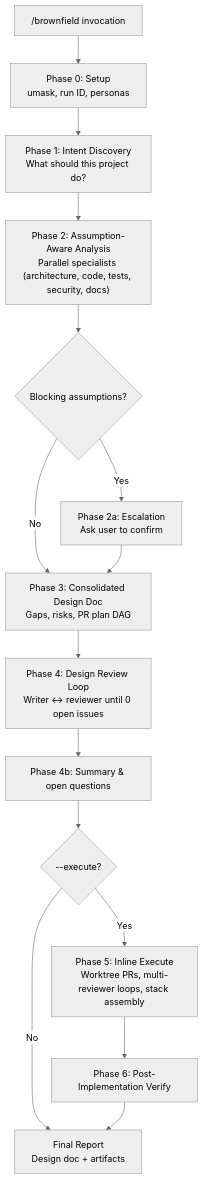
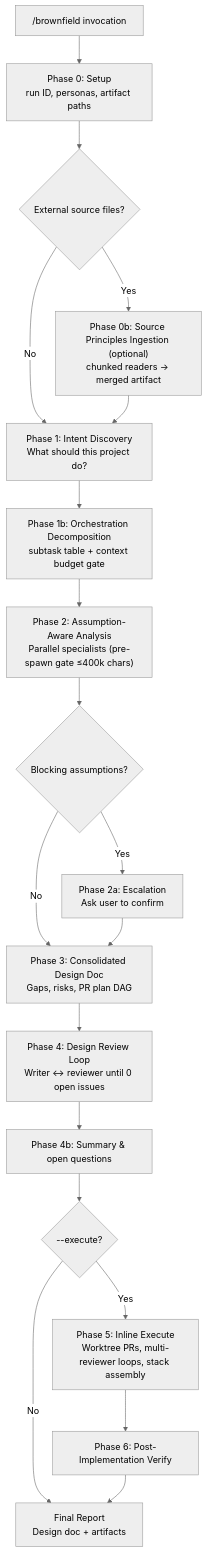
One commit to kartikkabadi/grok-brownfield changed the diagram in README.md. Above: the diagram before and after it, drawn with Mermaid (neutral theme). The commit also changed other lines of this file and 2 other files, not shown here.

Commit message:
docs: sync README, CONTRIBUTING, AGENTS for context budget (PR4)

````diff
--- a/README.md
+++ b/README.md
@@ -125,17 +125,21 @@
 ```mermaid
 flowchart TD
-    A["/brownfield invocation"] --> B["Phase 0: Setup<br/>umask, run ID, personas"]
-    B --> C["Phase 1: Intent Discovery<br/>What should this project do?"]
-    C --> D["Phase 2: Assumption-Aware Analysis<br/>Parallel specialists (architecture, code, tests, security, docs)"]
+    A["/brownfield invocation"] --> B["Phase 0: Setup<br/>run ID, personas, artifact paths"]
+    B --> B0{"External source files?"}
+    B0 -->|Yes| B1["Phase 0b: Source Principles Ingestion (optional)<br/>chunked readers → merged artifact"]
+    B0 -->|No| C
+    B1 --> C["Phase 1: Intent Discovery<br/>What should this project do?"]
+    C --> C1["Phase 1b: Orchestration Decomposition<br/>subtask table + context budget gate"]
+    C1 --> D["Phase 2: Assumption-Aware Analysis<br/>Parallel specialists (pre-spawn gate ≤400k chars)"]
     D --> E{"Blocking assumptions?"}
     E -->|Yes| F["Phase 2a: Escalation<br/>Ask user to confirm"]
     E -->|No| G["Phase 3: Consolidated Design Doc<br/>Gaps, risks, PR plan DAG"]
     F --> G
     G --> H["Phase 4: Design Review Loop<br/>Writer ↔ reviewer until 0 open issues"]
     H --> I["Phase 4b: Summary & open questions"]
     I --> J{"--execute?"}
     J -->|No| K["Final Report<br/>Design doc + artifacts"]
     J -->|Yes| L["Phase 5: Inline Execute<br/>Worktree PRs, multi-reviewer loops, stack assembly"]
     L --> M["Phase 6: Post-Implementation Verify"]
     M --> K
 ```
````
